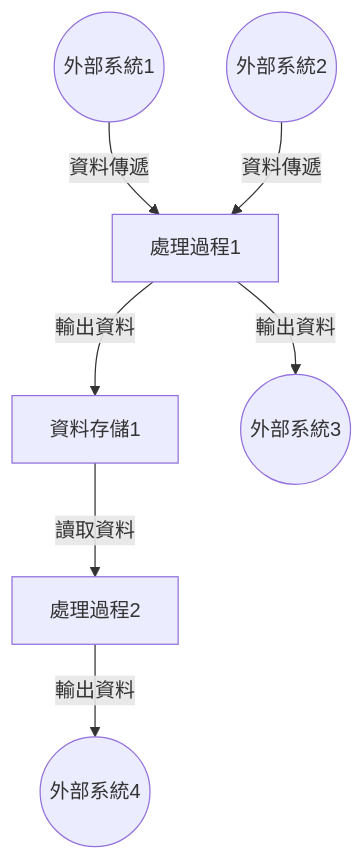
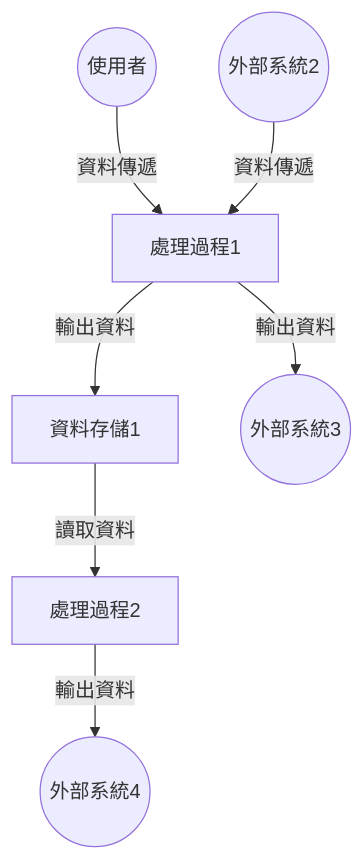
One commit to j50301a/AI-answer-correction changed the diagram in 系統分析/HW4.md. Above: the diagram before and after it, drawn with Mermaid.

````diff
--- a/系統分析/HW4.md
+++ b/系統分析/HW4.md
@@ -3,10 +3,10 @@
 ```mermaid
 graph TD
-    外部系統1((外部系統1)) -->|資料傳遞| 處理過程1[處理過程1]
+    使用者((使用者)) -->|資料傳遞| 處理過程1[處理過程1]
     外部系統2((外部系統2)) -->|資料傳遞| 處理過程1
     處理過程1 -->|輸出資料| 資料存儲1[資料存儲1]
     處理過程1 -->|輸出資料| 外部系統3((外部系統3))
     資料存儲1 -->|讀取資料| 處理過程2[處理過程2]
     處理過程2 -->|輸出資料| 外部系統4((外部系統4))
 
 ```
````
